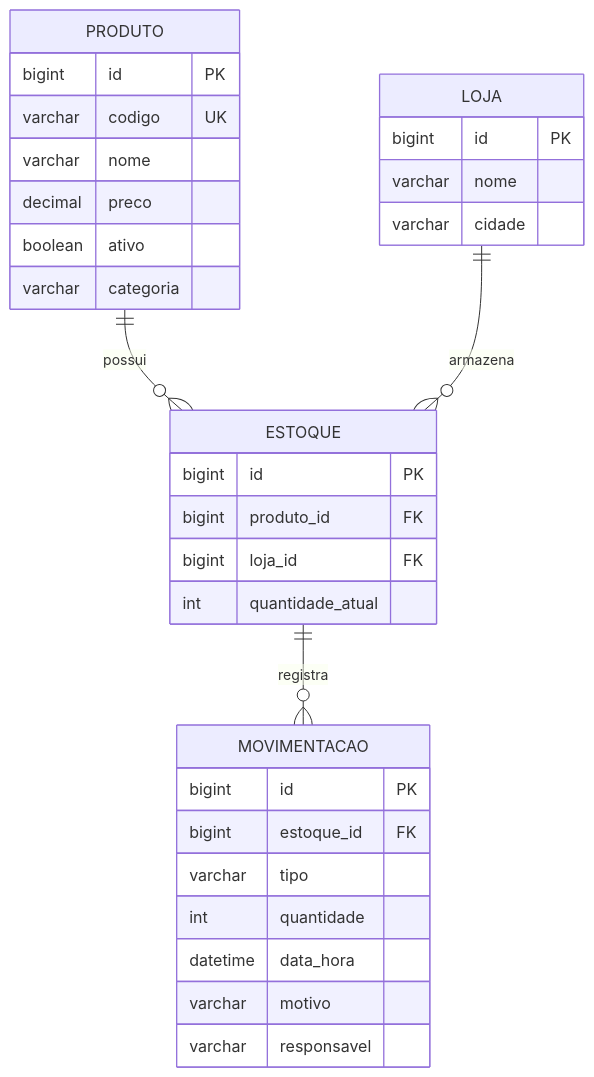
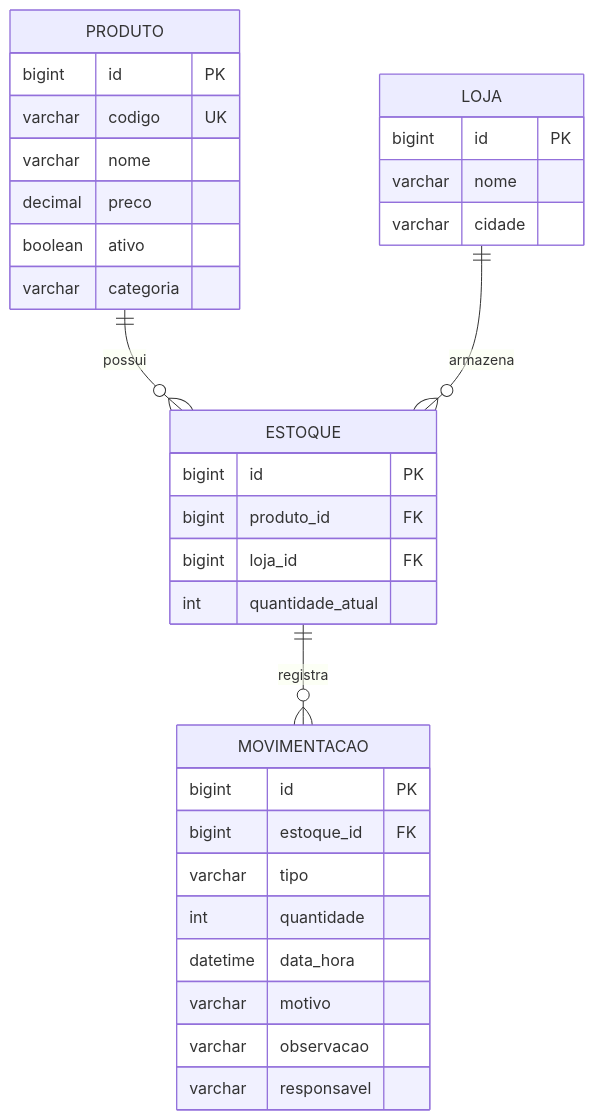
The diagram in README.md (devlipee/StockTrace), drawn with Mermaid before and after one commit. The commit also changed other lines of this file and 1 other file, not shown here.

Commit message:
docs: documenta API V2 e atualiza schema SQL

````diff
--- a/README.md
+++ b/README.md
@@ -134,38 +296,36 @@
 ```mermaid
 erDiagram
     PRODUTO ||--o{ ESTOQUE : possui
     LOJA ||--o{ ESTOQUE : armazena
     ESTOQUE ||--o{ MOVIMENTACAO : registra
 
     PRODUTO {
         bigint id PK
         varchar codigo UK
         varchar nome
         decimal preco
         boolean ativo
         varchar categoria
     }
-
     LOJA {
         bigint id PK
         varchar nome
         varchar cidade
     }
-
     ESTOQUE {
         bigint id PK
         bigint produto_id FK
         bigint loja_id FK
         int quantidade_atual
     }
-
     MOVIMENTACAO {
         bigint id PK
         bigint estoque_id FK
         varchar tipo
         int quantidade
         datetime data_hora
         varchar motivo
+        varchar observacao
         varchar responsavel
     }
 ```
````
